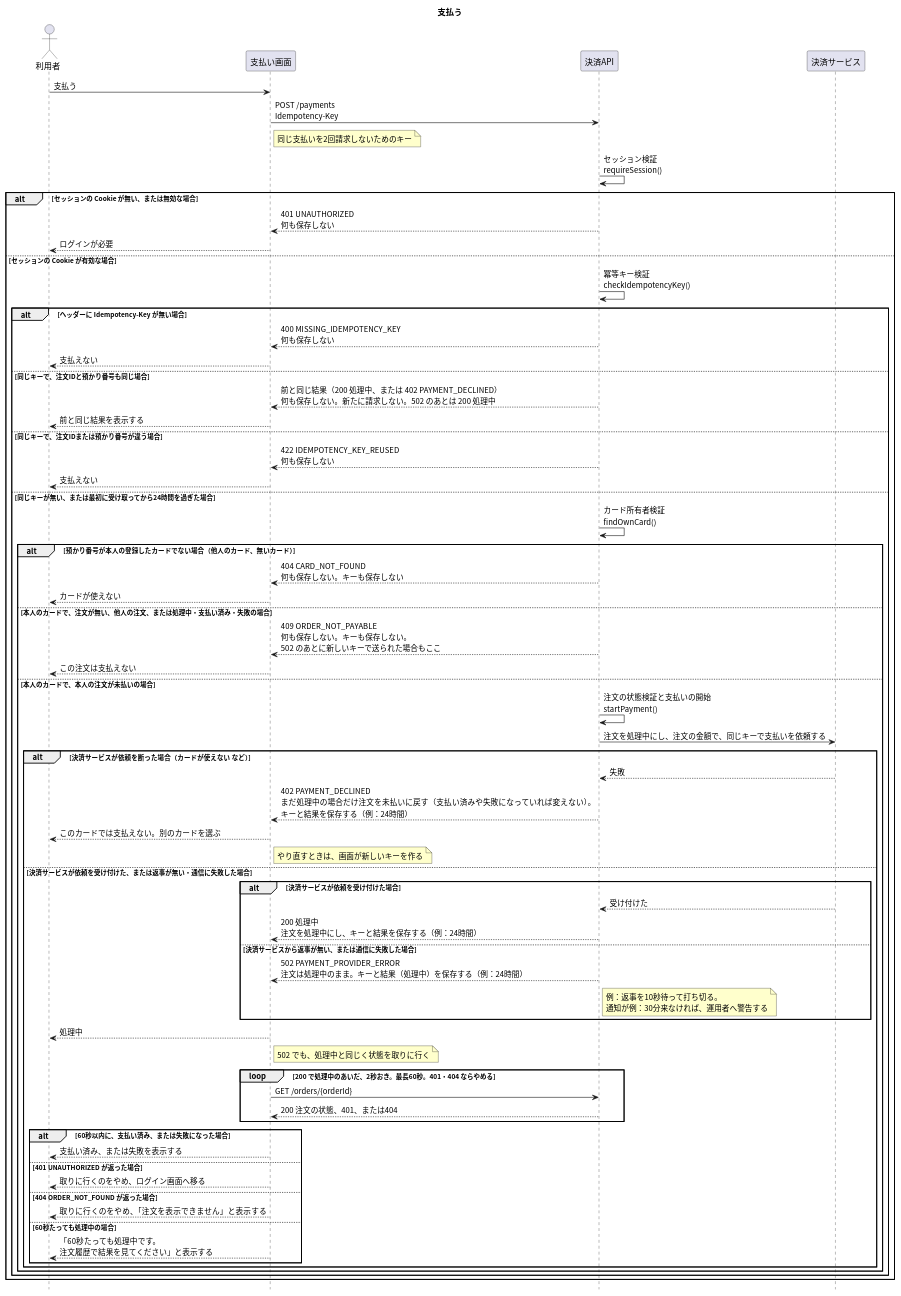
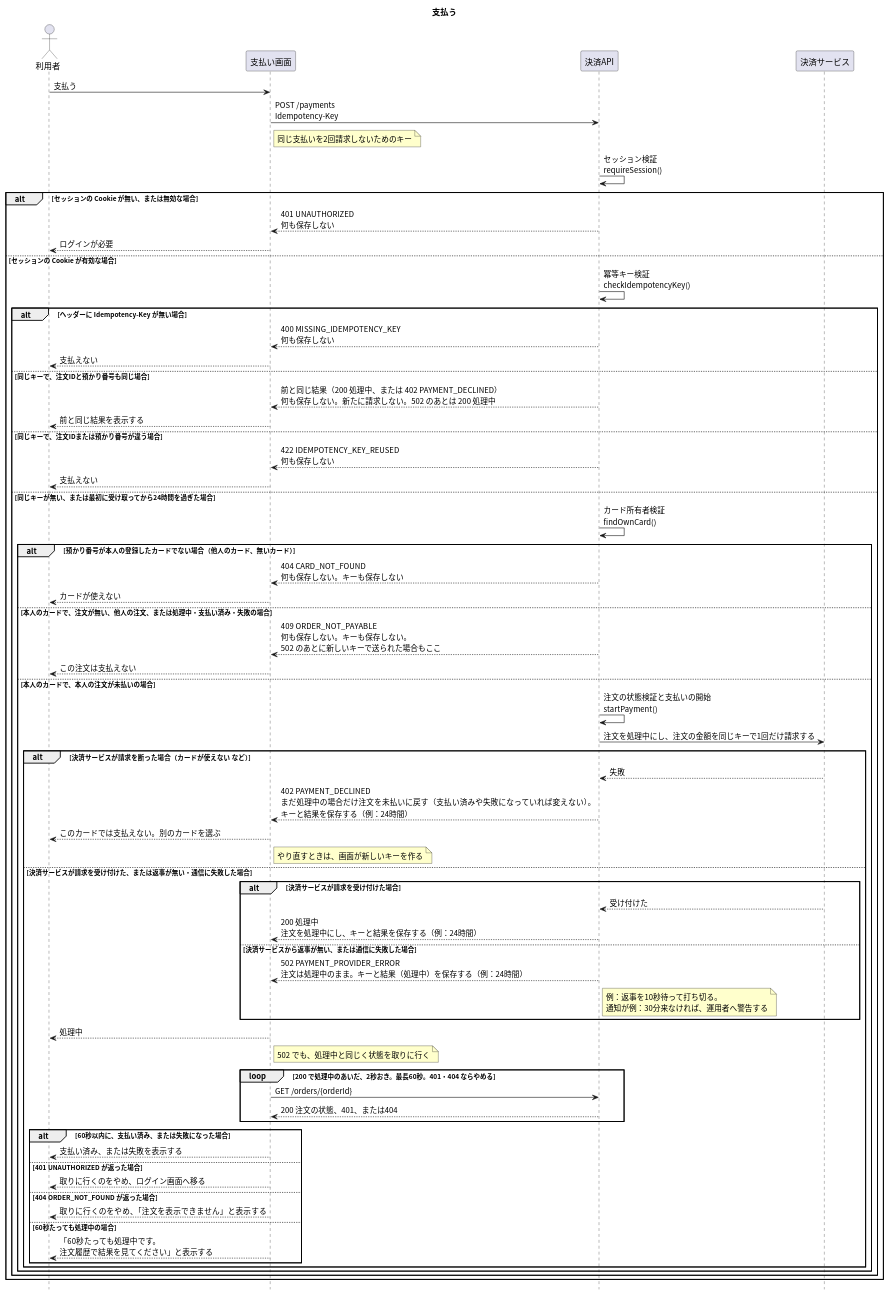
The diagram in apis/create-payment/入口.puml (masamasamasato/design-doc-template), drawn with PlantUML before and after one commit. The commit also changed 10 other files, not shown here.

First line of the commit message:
外部APIの付箋を3項目にし、支払いの図で決済サービスの呼び出しを1回にまとめる (#31)

```diff
--- a/apis/create-payment/入口.puml
+++ b/apis/create-payment/入口.puml
@@ -1,76 +1,76 @@
 @startuml
 skinparam shadowing false
 skinparam defaultFontName "Noto Sans CJK JP"
 skinparam SequenceFontName "Noto Sans CJK JP"
 skinparam NoteBackgroundColor #FFFFCC
 hide footbox
 
 title 支払う
 
 actor "利用者" as User
 participant "支払い画面" as Screen
 participant "決済API" as API
 participant "決済サービス" as PSP
 
 User -> Screen : 支払う
 Screen -> API : POST /payments\nIdempotency-Key
 note right of Screen : 同じ支払いを2回請求しないためのキー
 API -> API : セッション検証\nrequireSession()
 alt セッションの Cookie が無い、または無効な場合
   API --> Screen : 401 UNAUTHORIZED\n何も保存しない
   Screen --> User : ログインが必要
 else セッションの Cookie が有効な場合
   API -> API : 冪等キー検証\ncheckIdempotencyKey()
   alt ヘッダーに Idempotency-Key が無い場合
     API --> Screen : 400 MISSING_IDEMPOTENCY_KEY\n何も保存しない
     Screen --> User : 支払えない
   else 同じキーで、注文IDと預かり番号も同じ場合
     API --> Screen : 前と同じ結果（200 処理中、または 402 PAYMENT_DECLINED）\n何も保存しない。新たに請求しない。502 のあとは 200 処理中
     Screen --> User : 前と同じ結果を表示する
   else 同じキーで、注文IDまたは預かり番号が違う場合
     API --> Screen : 422 IDEMPOTENCY_KEY_REUSED\n何も保存しない
     Screen --> User : 支払えない
   else 同じキーが無い、または最初に受け取ってから24時間を過ぎた場合
     API -> API : カード所有者検証\nfindOwnCard()
     alt 預かり番号が本人の登録したカードでない場合（他人のカード、無いカード）
       API --> Screen : 404 CARD_NOT_FOUND\n何も保存しない。キーも保存しない
       Screen --> User : カードが使えない
     else 本人のカードで、注文が無い、他人の注文、または処理中・支払い済み・失敗の場合
       API --> Screen : 409 ORDER_NOT_PAYABLE\n何も保存しない。キーも保存しない。\n502 のあとに新しいキーで送られた場合もここ
       Screen --> User : この注文は支払えない
     else 本人のカードで、本人の注文が未払いの場合
       API -> API : 注文の状態検証と支払いの開始\nstartPayment()
-      API -> PSP : 注文を処理中にし、注文の金額で、同じキーで支払いを依頼する
-      alt 決済サービスが依頼を断った場合（カードが使えない など）
+      API -> PSP : 注文を処理中にし、注文の金額を同じキーで1回だけ請求する
+      alt 決済サービスが請求を断った場合（カードが使えない など）
         PSP --> API : 失敗
         API --> Screen : 402 PAYMENT_DECLINED\nまだ処理中の場合だけ注文を未払いに戻す（支払い済みや失敗になっていれば変えない）。\nキーと結果を保存する（例：24時間）
         Screen --> User : このカードでは支払えない。別のカードを選ぶ
         note right of Screen : やり直すときは、画面が新しいキーを作る
-      else 決済サービスが依頼を受け付けた、または返事が無い・通信に失敗した場合
-        alt 決済サービスが依頼を受け付けた場合
+      else 決済サービスが請求を受け付けた、または返事が無い・通信に失敗した場合
+        alt 決済サービスが請求を受け付けた場合
           PSP --> API : 受け付けた
           API --> Screen : 200 処理中\n注文を処理中にし、キーと結果を保存する（例：24時間）
         else 決済サービスから返事が無い、または通信に失敗した場合
           API --> Screen : 502 PAYMENT_PROVIDER_ERROR\n注文は処理中のまま。キーと結果（処理中）を保存する（例：24時間）
           note right of API : 例：返事を10秒待って打ち切る。\n通知が例：30分来なければ、運用者へ警告する
         end
         Screen --> User : 処理中
         note right of Screen : 502 でも、処理中と同じく状態を取りに行く
         loop 200 で処理中のあいだ、2秒おき。最長60秒。401・404 ならやめる
           Screen -> API : GET /orders/{orderId}
           API --> Screen : 200 注文の状態、401、または404
         end
         alt 60秒以内に、支払い済み、または失敗になった場合
           Screen --> User : 支払い済み、または失敗を表示する
         else 401 UNAUTHORIZED が返った場合
           Screen --> User : 取りに行くのをやめ、ログイン画面へ移る
         else 404 ORDER_NOT_FOUND が返った場合
           Screen --> User : 取りに行くのをやめ、「注文を表示できません」と表示する
         else 60秒たっても処理中の場合
           Screen --> User : 「60秒たっても処理中です。\n注文履歴で結果を見てください」と表示する
         end
       end
     end
   end
 end
 @enduml
```
